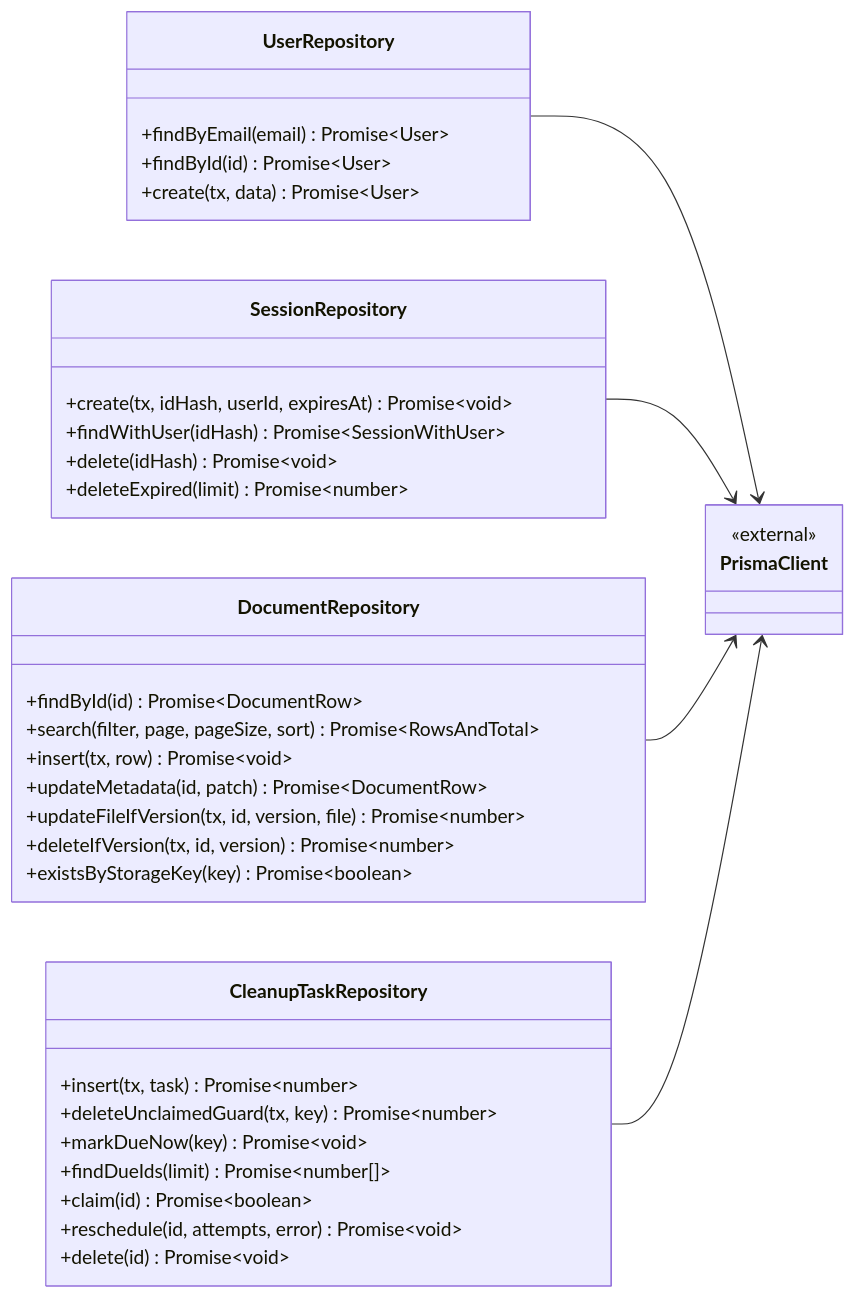
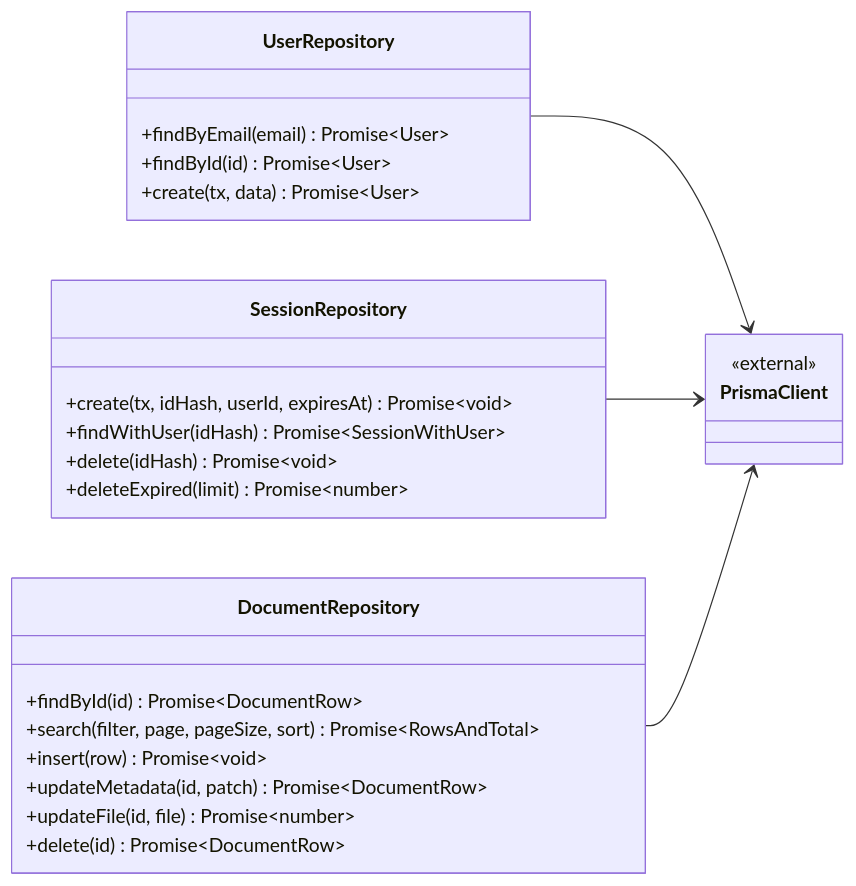
One commit to august0362/btl_cloud changed diagram 11 of 38 in docs/ARCHITECTURE.md. Above: the diagram before and after it, drawn with Mermaid. The commit also changed other lines of this file and 1 other file, not shown here.

````diff
--- a/docs/ARCHITECTURE.md
+++ b/docs/ARCHITECTURE.md
@@ -551,40 +507,29 @@
 ```mermaid
 classDiagram
   direction LR
   class UserRepository {
     +findByEmail(email) Promise~User~
     +findById(id) Promise~User~
     +create(tx, data) Promise~User~
   }
   class SessionRepository {
     +create(tx, idHash, userId, expiresAt) Promise~void~
     +findWithUser(idHash) Promise~SessionWithUser~
     +delete(idHash) Promise~void~
     +deleteExpired(limit) Promise~number~
   }
   class DocumentRepository {
     +findById(id) Promise~DocumentRow~
     +search(filter, page, pageSize, sort) Promise~RowsAndTotal~
-    +insert(tx, row) Promise~void~
+    +insert(row) Promise~void~
     +updateMetadata(id, patch) Promise~DocumentRow~
-    +updateFileIfVersion(tx, id, version, file) Promise~number~
-    +deleteIfVersion(tx, id, version) Promise~number~
-    +existsByStorageKey(key) Promise~boolean~
-  }
-  class CleanupTaskRepository {
-    +insert(tx, task) Promise~number~
-    +deleteUnclaimedGuard(tx, key) Promise~number~
-    +markDueNow(key) Promise~void~
-    +findDueIds(limit) Promise~number[]~
-    +claim(id) Promise~boolean~
-    +reschedule(id, attempts, error) Promise~void~
-    +delete(id) Promise~void~
+    +updateFile(id, file) Promise~number~
+    +delete(id) Promise~DocumentRow~
   }
   class PrismaClient {
     <<external>>
   }
   UserRepository --> PrismaClient
   SessionRepository --> PrismaClient
   DocumentRepository --> PrismaClient
-  CleanupTaskRepository --> PrismaClient
 ```
````
